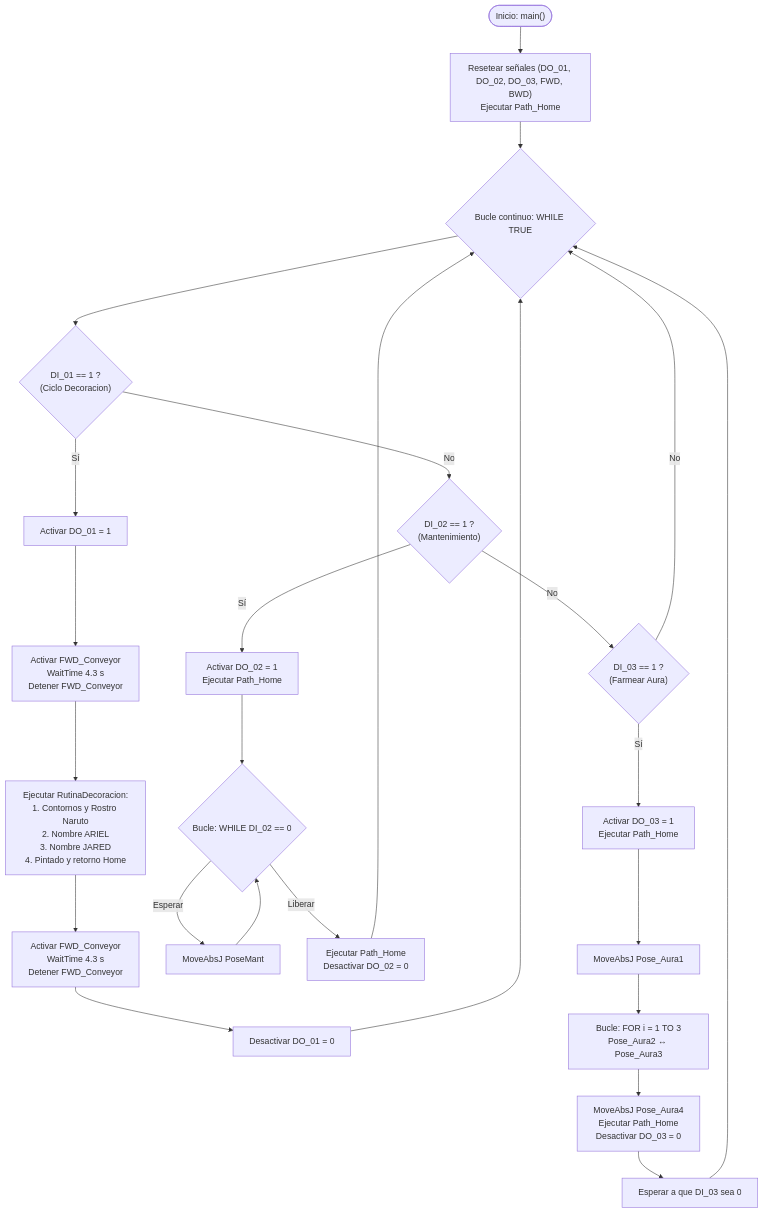
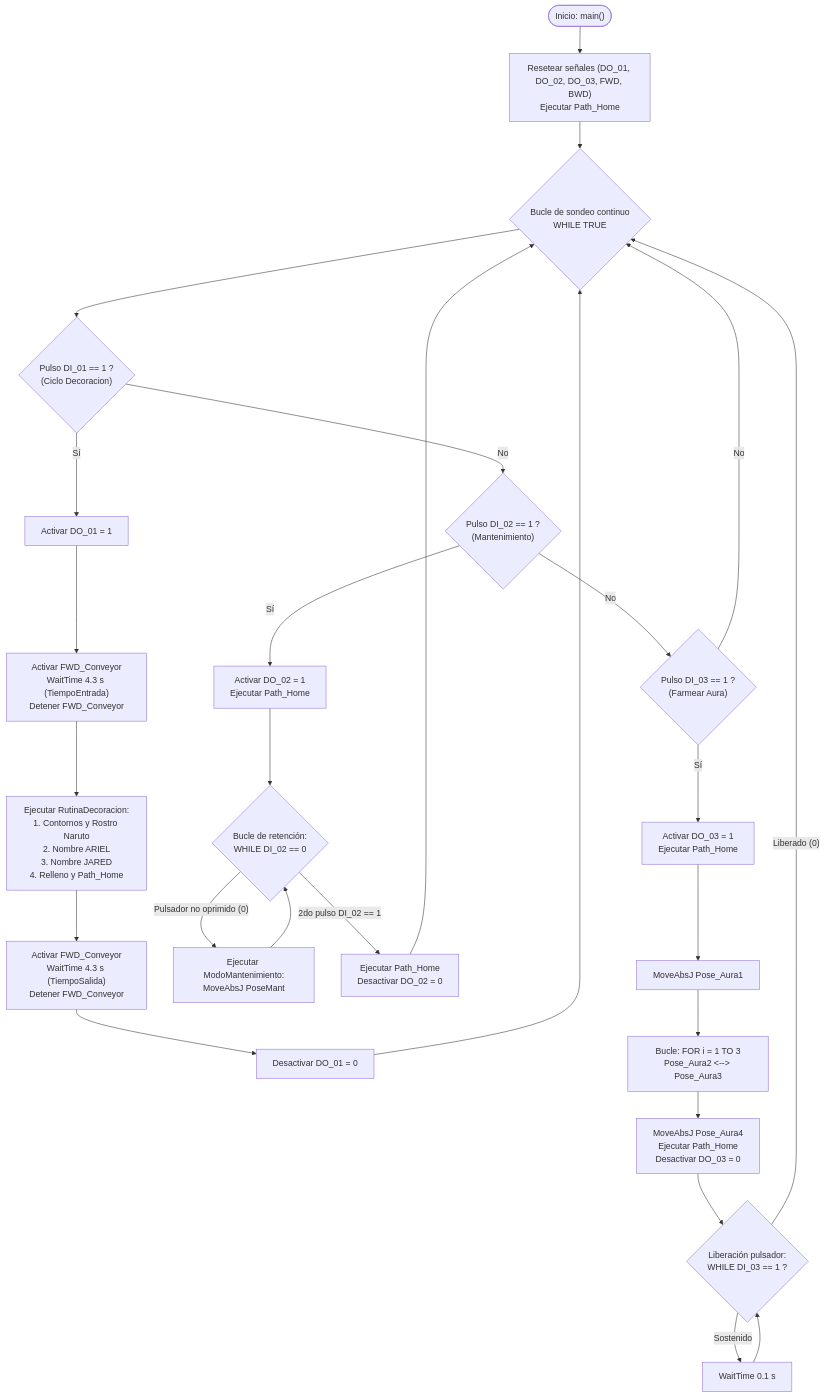
The diagram in Laboratorio No. 01 - Robótica Industrial ABB IRB140 y RobotStudio/README.MD (labsir-un/Robotica_2026-II_Grupo_5B_Cardenas_Cruz), drawn with Mermaid before and after one commit. The commit also changed other lines of this file, not shown here.

````diff
--- a/Laboratorio No. 01 - Robótica Industrial ABB IRB140 y RobotStudio/README.MD
+++ b/Laboratorio No. 01 - Robótica Industrial ABB IRB140 y RobotStudio/README.MD
@@ -154,34 +211,36 @@
 ```mermaid
 flowchart TD
     Start(["Inicio: main()"]) --> Init["Resetear señales (DO_01, DO_02, DO_03, FWD, BWD)<br>Ejecutar Path_Home"]
-    Init --> Loop{"Bucle continuo: WHILE TRUE"}
+    Init --> Loop{"Bucle de sondeo continuo<br>WHILE TRUE"}
 
     %% DI_01 Branch
-    Loop --> CheckDI01{"DI_01 == 1 ?<br>(Ciclo Decoracion)"}
+    Loop --> CheckDI01{"Pulso DI_01 == 1 ?<br>(Ciclo Decoracion)"}
     CheckDI01 -- "Sí" --> DO01_On["Activar DO_01 = 1"]
-    DO01_On --> FWD_In["Activar FWD_Conveyor<br>WaitTime 4.3 s<br>Detener FWD_Conveyor"]
-    FWD_In --> ExecDecor["Ejecutar RutinaDecoracion:<br>1. Contornos y Rostro Naruto<br>2. Nombre ARIEL<br>3. Nombre JARED<br>4. Pintado y retorno Home"]
-    ExecDecor --> FWD_Out["Activar FWD_Conveyor<br>WaitTime 4.3 s<br>Detener FWD_Conveyor"]
+    DO01_On --> FWD_In["Activar FWD_Conveyor<br>WaitTime 4.3 s (TiempoEntrada)<br>Detener FWD_Conveyor"]
+    FWD_In --> ExecDecor["Ejecutar RutinaDecoracion:<br>1. Contornos y Rostro Naruto<br>2. Nombre ARIEL<br>3. Nombre JARED<br>4. Relleno y Path_Home"]
+    ExecDecor --> FWD_Out["Activar FWD_Conveyor<br>WaitTime 4.3 s (TiempoSalida)<br>Detener FWD_Conveyor"]
     FWD_Out --> DO01_Off["Desactivar DO_01 = 0"]
     DO01_Off --> Loop
 
     %% DI_02 Branch
-    CheckDI01 -- "No" --> CheckDI02{"DI_02 == 1 ?<br>(Mantenimiento)"}
+    CheckDI01 -- "No" --> CheckDI02{"Pulso DI_02 == 1 ?<br>(Mantenimiento)"}
     CheckDI02 -- "Sí" --> DO02_On["Activar DO_02 = 1<br>Ejecutar Path_Home"]
-    DO02_On --> HoldMant{"Bucle: WHILE DI_02 == 0"}
-    HoldMant -- "Esperar" --> MantPose["MoveAbsJ PoseMant"]
+    DO02_On --> HoldMant{"Bucle de retención:<br>WHILE DI_02 == 0"}
+    HoldMant -- "Pulsador no oprimido (0)" --> MantPose["Ejecutar ModoMantenimiento:<br>MoveAbsJ PoseMant"]
     MantPose --> HoldMant
-    HoldMant -- "Liberar" --> HomeMant["Ejecutar Path_Home<br>Desactivar DO_02 = 0"]
+    HoldMant -- "2do pulso DI_02 == 1" --> HomeMant["Ejecutar Path_Home<br>Desactivar DO_02 = 0"]
     HomeMant --> Loop
 
     %% DI_03 Branch
-    CheckDI02 -- "No" --> CheckDI03{"DI_03 == 1 ?<br>(Farmear Aura)"}
+    CheckDI02 -- "No" --> CheckDI03{"Pulso DI_03 == 1 ?<br>(Farmear Aura)"}
     CheckDI03 -- "Sí" --> DO03_On["Activar DO_03 = 1<br>Ejecutar Path_Home"]
     DO03_On --> AuraStart["MoveAbsJ Pose_Aura1"]
-    AuraStart --> AuraLoop["Bucle: FOR i = 1 TO 3<br>Pose_Aura2 &harr; Pose_Aura3"]
+    AuraStart --> AuraLoop["Bucle: FOR i = 1 TO 3<br>Pose_Aura2 <--> Pose_Aura3"]
     AuraLoop --> AuraEnd["MoveAbsJ Pose_Aura4<br>Ejecutar Path_Home<br>Desactivar DO_03 = 0"]
-    AuraEnd --> WaitDI03["Esperar a que DI_03 sea 0"]
-    WaitDI03 --> Loop
+    AuraEnd --> WaitDI03{"Liberación pulsador:<br>WHILE DI_03 == 1 ?"}
+    WaitDI03 -- "Sostenido" --> WaitRelease["WaitTime 0.1 s"]
+    WaitRelease --> WaitDI03
+    WaitDI03 -- "Liberado (0)" --> Loop
 
     CheckDI03 -- "No" --> Loop
 ```
````
